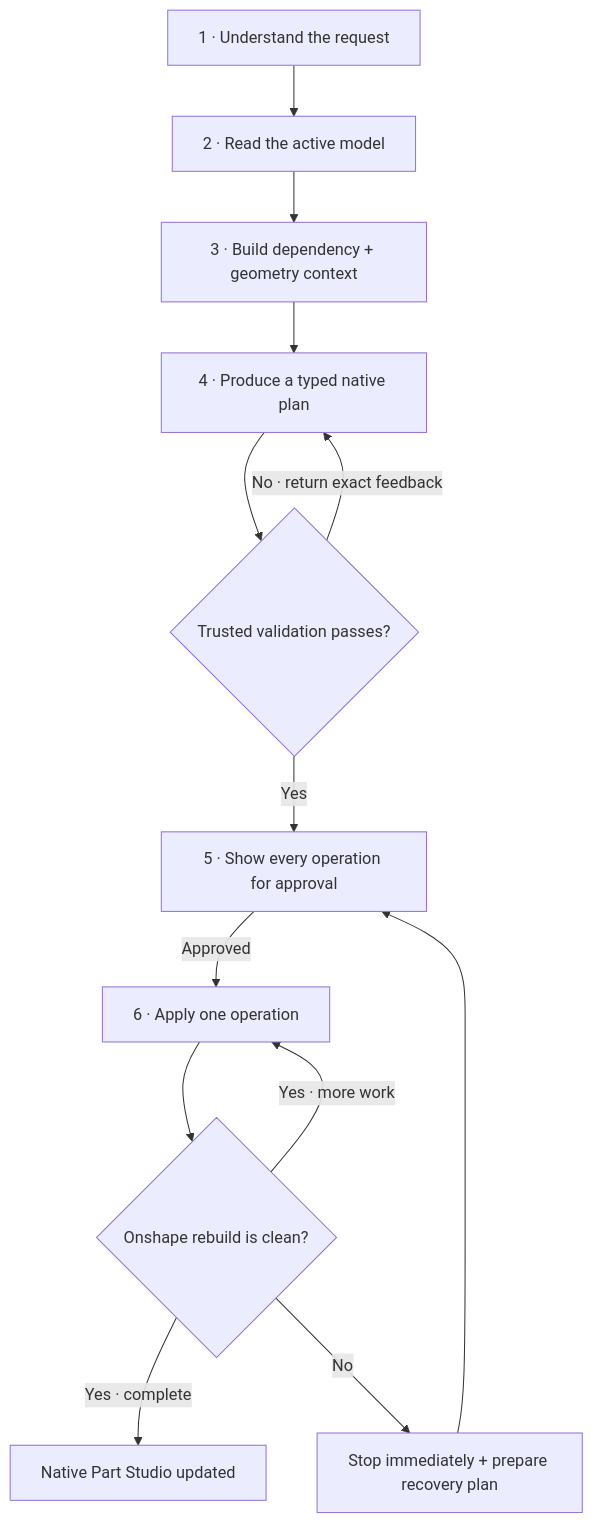
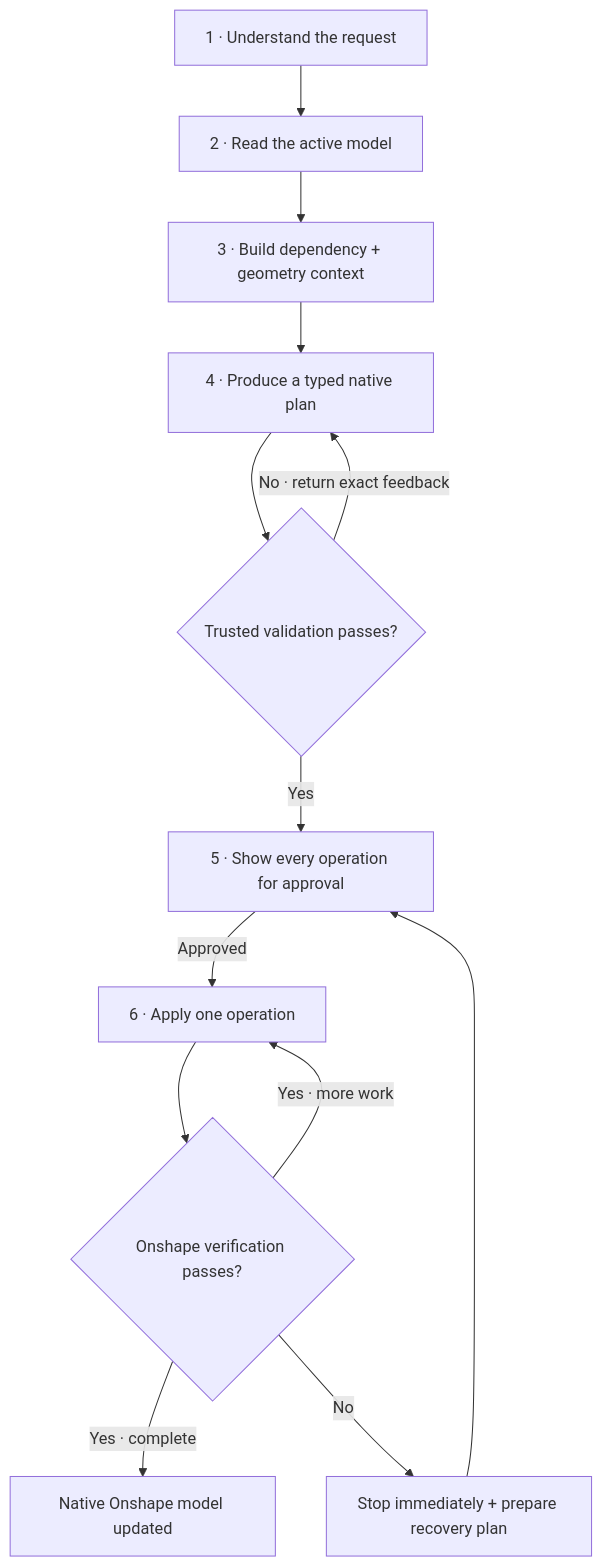
Before and after one commit to MayoWolf/MorAssistant: the first of 2 diagrams in README.md, drawn with Mermaid. The commit also changed other lines of this file and 15 other files, not shown here.

````diff
--- a/README.md
+++ b/README.md
@@ -66,15 +66,15 @@
 ```mermaid
 flowchart TD
   U["1 · Understand the request"] --> R["2 · Read the active model"]
   R --> G["3 · Build dependency + geometry context"]
   G --> P["4 · Produce a typed native plan"]
   P --> V{"Trusted validation passes?"}
   V -->|"No · return exact feedback"| P
   V -->|"Yes"| A["5 · Show every operation for approval"]
   A -->|"Approved"| E["6 · Apply one operation"]
-  E --> C{"Onshape rebuild is clean?"}
+  E --> C{"Onshape verification passes?"}
   C -->|"Yes · more work"| E
-  C -->|"Yes · complete"| D["Native Part Studio updated"]
+  C -->|"Yes · complete"| D["Native Onshape model updated"]
   C -->|"No"| S["Stop immediately + prepare recovery plan"]
   S --> A
 ```
````
